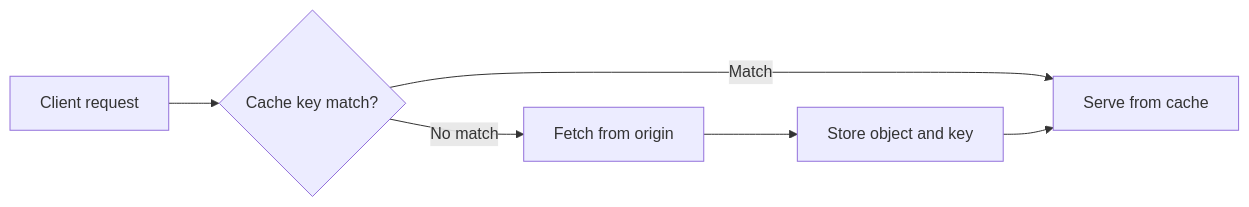
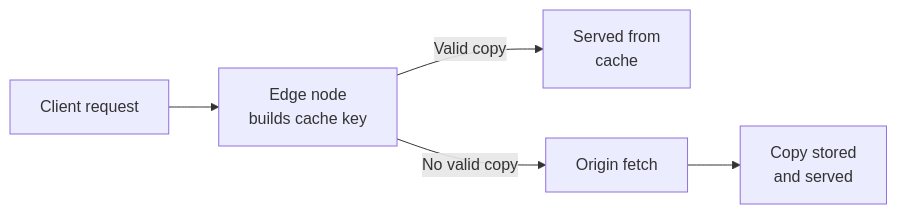
The first of 5 diagrams in src/content/docs/en/pages/main-menu/reference/build/edge-application/cache-how-it-works.mdx (souzavinny/azion-docs), drawn with Mermaid before and after one commit. The commit also changed other lines of this file and 18 other files, not shown here.

````diff
--- a/src/content/docs/en/pages/main-menu/reference/build/edge-application/cache-how-it-works.mdx
+++ b/src/content/docs/en/pages/main-menu/reference/build/edge-application/cache-how-it-works.mdx
@@ -22,8 +22,7 @@
 ```mermaid
 flowchart LR
-  A[Client request] --> B{Cache key match?}
-  B -- Match --> C[Serve from cache]
-  B -- No match --> D[Fetch from origin]
-  D --> E[Store object and key]
-  E --> C
+  A[Client request] --> B[Edge node<br/>builds cache key]
+  B -->|Valid copy| C[Served from<br/>cache]
+  B -->|No valid copy| D[Origin fetch]
+  D --> E[Copy stored<br/>and served]
 ```
````
